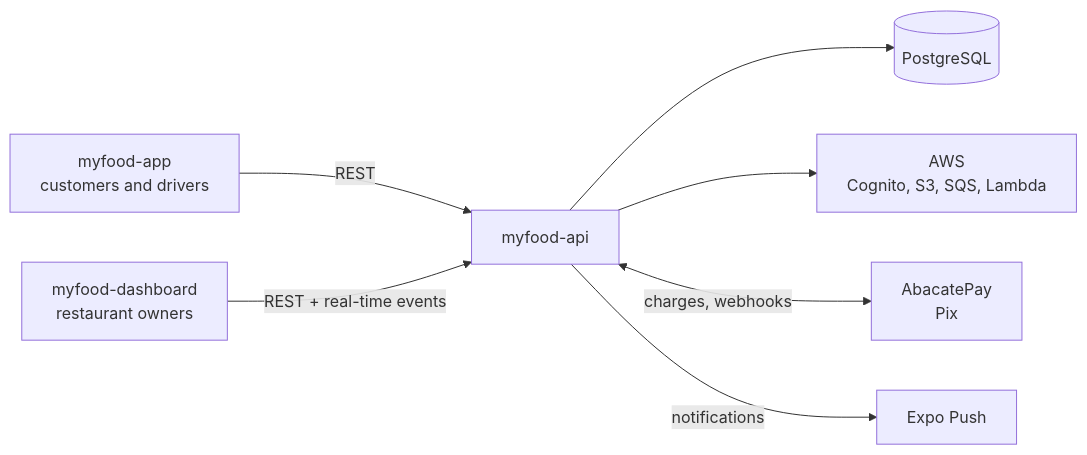
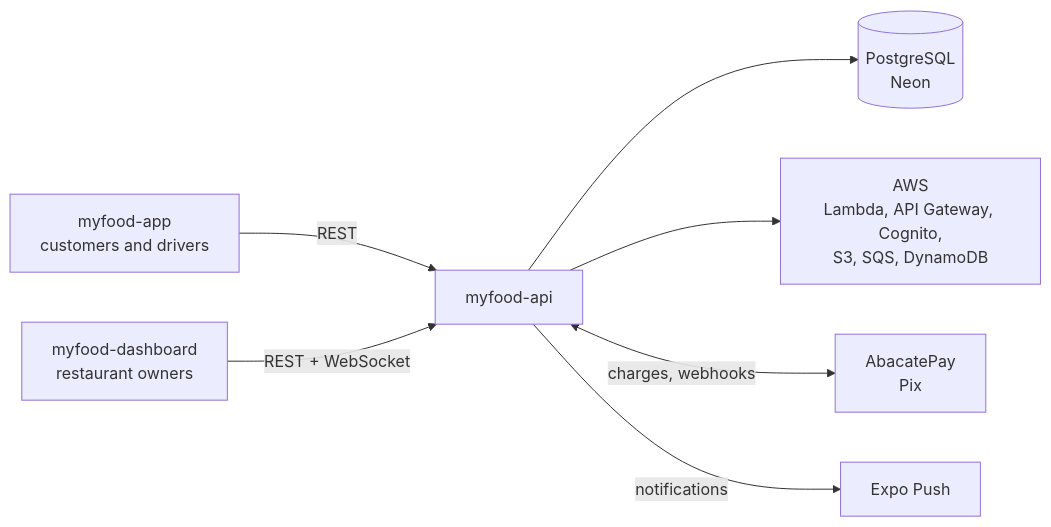
Before and after one commit to pedrohdionisio/myfood: the first of 2 diagrams in README.md, drawn with Mermaid. The commit also changed other lines of this file, not shown here.

````diff
--- a/README.md
+++ b/README.md
@@ -37,17 +37,17 @@
 ```mermaid
 flowchart LR
     app["myfood-app<br/>customers and drivers"]
     dash["myfood-dashboard<br/>restaurant owners"]
     api["myfood-api"]
-    pg[("PostgreSQL")]
-    aws["AWS<br/>Cognito, S3, SQS, Lambda"]
+    pg[("PostgreSQL<br/>Neon")]
+    aws["AWS<br/>Lambda, API Gateway, Cognito,<br/>S3, SQS, DynamoDB"]
     abacate["AbacatePay<br/>Pix"]
     expo["Expo Push"]
 
     app -->|REST| api
-    dash -->|"REST + real-time events"| api
+    dash -->|"REST + WebSocket"| api
     api --> pg
     api --> aws
     api <-->|"charges, webhooks"| abacate
     api -->|notifications| expo
 ```
````
